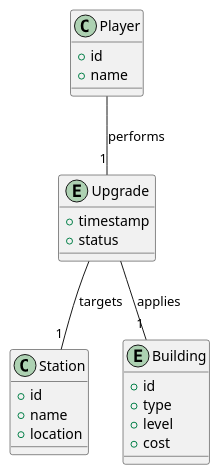
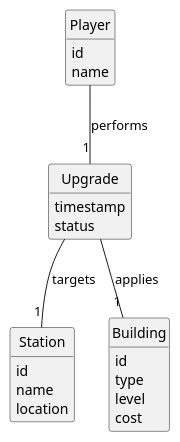
The diagram in docs/(template-files)/US07/02.analysis.07/US07analysis.puml (Andremonteiro1240850/railway_simulator), drawn with PlantUML before and after one commit. The commit also changed 11 other files, not shown here.

Commit message:
analysis diagrams of US 7,9,10 and 12

```diff
--- a/docs/(template-files)/US07/02.analysis.07/US07analysis.puml
+++ b/docs/(template-files)/US07/02.analysis.07/US07analysis.puml
@@ -1,29 +1,38 @@
 @startuml
+skinparam monochrome true
+skinparam packageStyle rectangle
+skinparam shadowing false
+skinparam classAttributeIconSize 0
+
+hide circle
+hide methods
+
+
 class Player {
-    +id
-    +name
+    id
+    name
 }
 
 class Station {
-    +id
-    +name
-    +location
+    id
+    name
+    location
 }
 
-entity Building {
-    +id
-    +type
-    +level
-    +cost
+class Building {
+    id
+    type
+    level
+    cost
 }
 
-entity Upgrade {
-    +timestamp
-    +status
+class Upgrade {
+    timestamp
+    status
 }
 
 Player -- "1" Upgrade : performs
 Upgrade -- "1" Station : targets
 Upgrade -- "1" Building : applies
 
 @enduml
```
